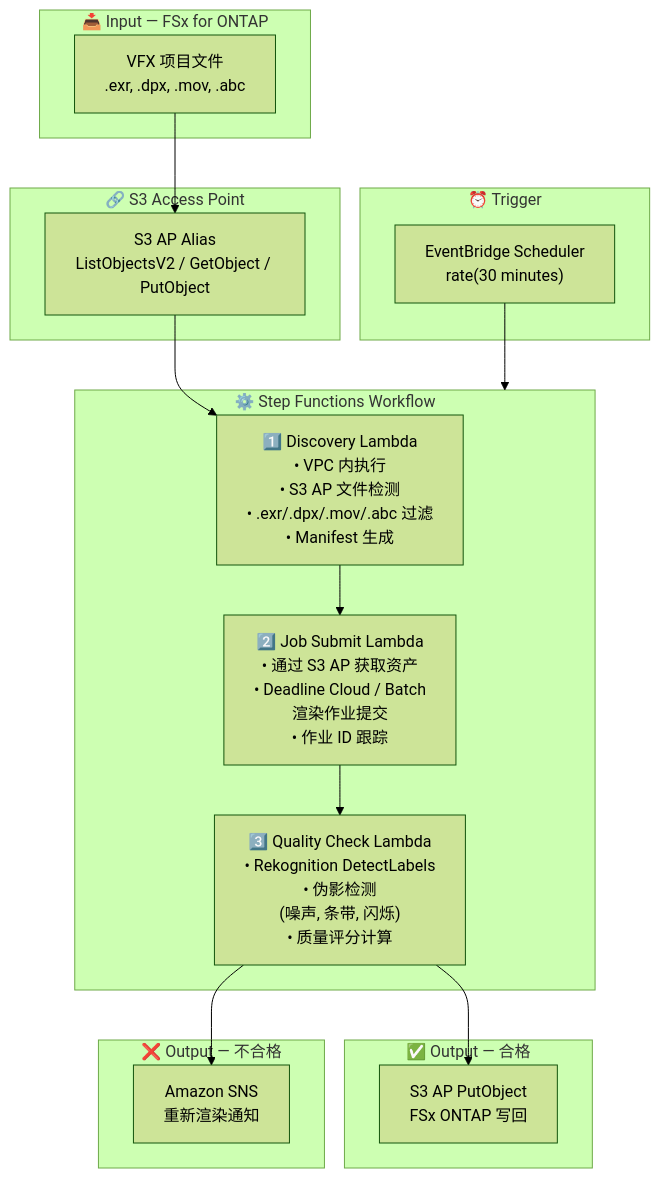
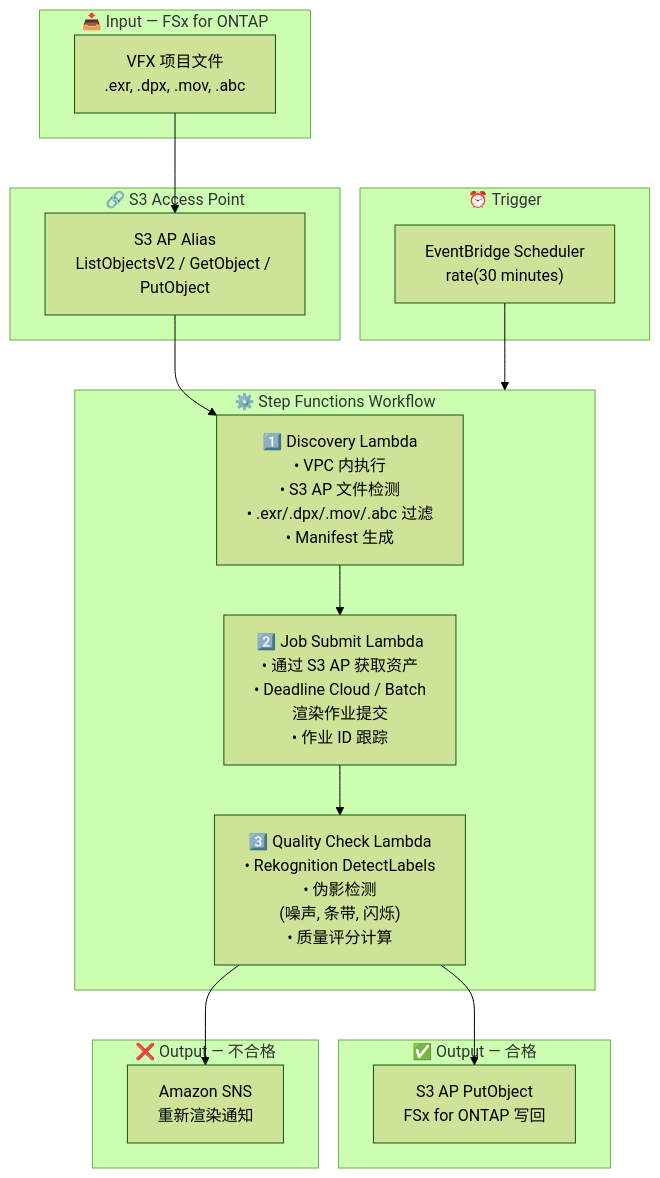
The diagram in media-vfx/docs/architecture.zh-CN.md (Yoshiki0705/FSx-for-ONTAP-S3AccessPoints-Serverless-Patterns), drawn with Mermaid (forest theme) before and after one commit. The commit also changed other lines of this file and 752 other files, not shown here.

````diff
--- a/media-vfx/docs/architecture.zh-CN.md
+++ b/media-vfx/docs/architecture.zh-CN.md
@@ -13,36 +13,36 @@
 ```mermaid
 flowchart TB
     subgraph INPUT["📥 Input — FSx for ONTAP"]
         VFX["VFX 项目文件<br/>.exr, .dpx, .mov, .abc"]
     end
 
     subgraph S3AP["🔗 S3 Access Point"]
         ALIAS["S3 AP Alias<br/>ListObjectsV2 / GetObject / PutObject"]
     end
 
     subgraph TRIGGER["⏰ Trigger"]
         EB["EventBridge Scheduler<br/>rate(30 minutes)"]
     end
 
     subgraph SFN["⚙️ Step Functions Workflow"]
         DISC["1️⃣ Discovery Lambda<br/>• VPC 内执行<br/>• S3 AP 文件检测<br/>• .exr/.dpx/.mov/.abc 过滤<br/>• Manifest 生成"]
         JS["2️⃣ Job Submit Lambda<br/>• 通过 S3 AP 获取资产<br/>• Deadline Cloud / Batch<br/>  渲染作业提交<br/>• 作业 ID 跟踪"]
         QC["3️⃣ Quality Check Lambda<br/>• Rekognition DetectLabels<br/>• 伪影检测<br/>  (噪声, 条带, 闪烁)<br/>• 质量评分计算"]
     end
 
     subgraph OUTPUT_PASS["✅ Output — 合格"]
-        PUTBACK["S3 AP PutObject<br/>FSx ONTAP 写回"]
+        PUTBACK["S3 AP PutObject<br/>FSx for ONTAP 写回"]
     end
 
     subgraph OUTPUT_FAIL["❌ Output — 不合格"]
         SNS["Amazon SNS<br/>重新渲染通知"]
     end
 
     VFX --> ALIAS
     ALIAS --> DISC
     EB --> SFN
     DISC --> JS
     JS --> QC
     QC --> PUTBACK
     QC --> SNS
 ```
````
